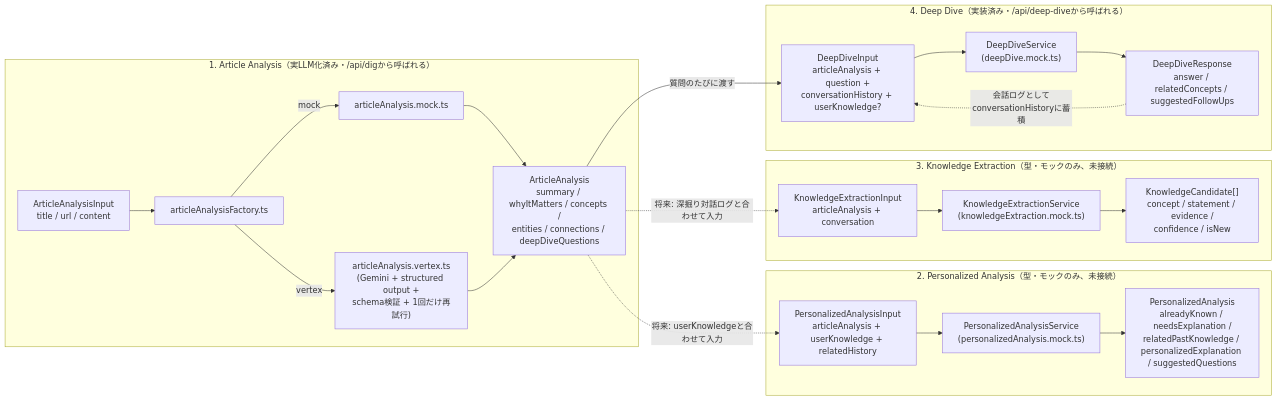
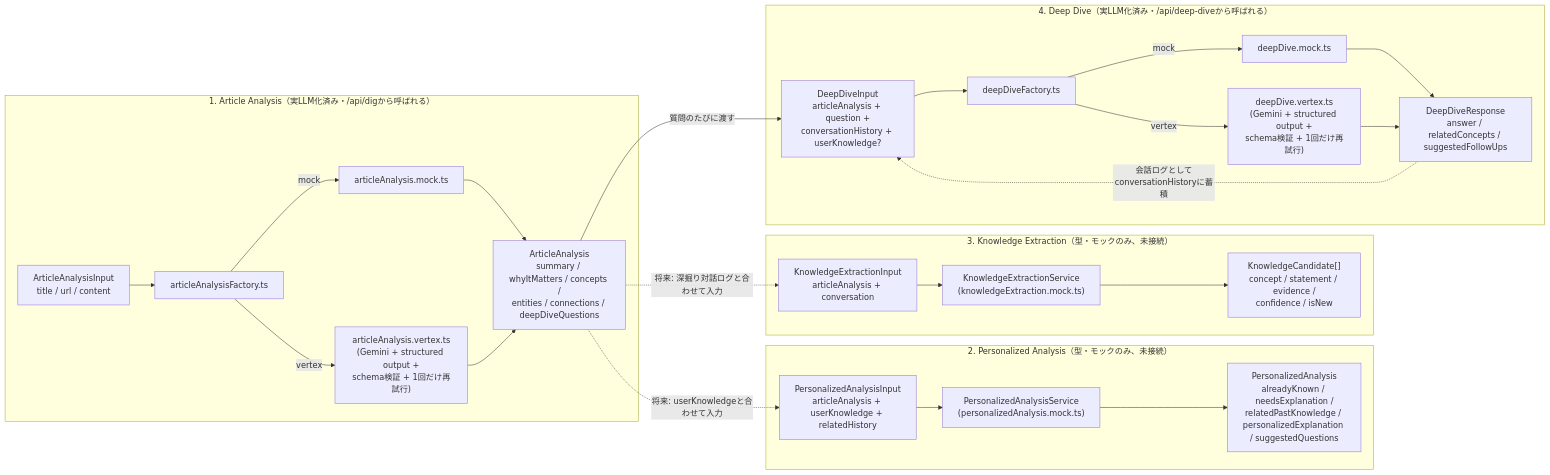
One commit to kokiwaku/digger changed the second of 2 diagrams in backend/README.md. Above: the diagram before and after it, drawn with Mermaid. The commit also changed other lines of this file and 14 other files, not shown here.

````diff
--- a/backend/README.md
+++ b/backend/README.md
@@ -135,30 +145,33 @@
 ```mermaid
 flowchart LR
     subgraph "1. Article Analysis（実LLM化済み・/api/digから呼ばれる）"
         AAI["ArticleAnalysisInput<br/>title / url / content"] --> AAF2["articleAnalysisFactory.ts"]
         AAF2 -->|mock| AAS["articleAnalysis.mock.ts"]
         AAF2 -->|vertex| AAV2["articleAnalysis.vertex.ts<br/>(Gemini + structured output +<br/>schema検証 + 1回だけ再試行)"]
         AAS --> AA["ArticleAnalysis<br/>summary / whyItMatters / concepts /<br/>entities / connections / deepDiveQuestions"]
         AAV2 --> AA
     end
 
     subgraph "2. Personalized Analysis（型・モックのみ、未接続）"
         PAI["PersonalizedAnalysisInput<br/>articleAnalysis + userKnowledge + relatedHistory"] --> PAS["PersonalizedAnalysisService<br/>(personalizedAnalysis.mock.ts)"]
         PAS --> PA["PersonalizedAnalysis<br/>alreadyKnown / needsExplanation /<br/>relatedPastKnowledge / personalizedExplanation / suggestedQuestions"]
     end
 
     subgraph "3. Knowledge Extraction（型・モックのみ、未接続）"
         KEI["KnowledgeExtractionInput<br/>articleAnalysis + conversation"] --> KES["KnowledgeExtractionService<br/>(knowledgeExtraction.mock.ts)"]
         KES --> KE["KnowledgeCandidate[]<br/>concept / statement / evidence /<br/>confidence / isNew"]
     end
 
-    subgraph "4. Deep Dive（実装済み・/api/deep-diveから呼ばれる）"
-        DDI["DeepDiveInput<br/>articleAnalysis + question +<br/>conversationHistory + userKnowledge?"] --> DDS["DeepDiveService<br/>(deepDive.mock.ts)"]
+    subgraph "4. Deep Dive（実LLM化済み・/api/deep-diveから呼ばれる）"
+        DDI["DeepDiveInput<br/>articleAnalysis + question +<br/>conversationHistory + userKnowledge?"] --> DDF3["deepDiveFactory.ts"]
+        DDF3 -->|mock| DDS["deepDive.mock.ts"]
+        DDF3 -->|vertex| DDV3["deepDive.vertex.ts<br/>(Gemini + structured output +<br/>schema検証 + 1回だけ再試行)"]
         DDS --> DDO["DeepDiveResponse<br/>answer / relatedConcepts / suggestedFollowUps"]
+        DDV3 --> DDO
     end
 
     AA -.->|将来: userKnowledgeと合わせて入力| PAI
     AA -.->|将来: 深掘り対話ログと合わせて入力| KEI
     AA -->|質問のたびに渡す| DDI
     DDO -.->|会話ログとしてconversationHistoryに蓄積| DDI
 ```
````
